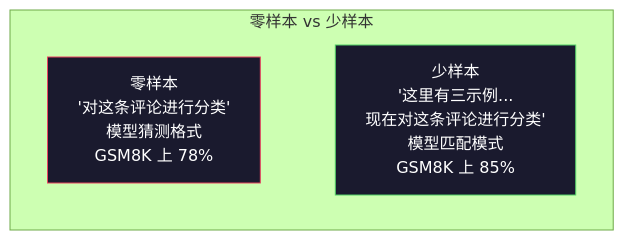
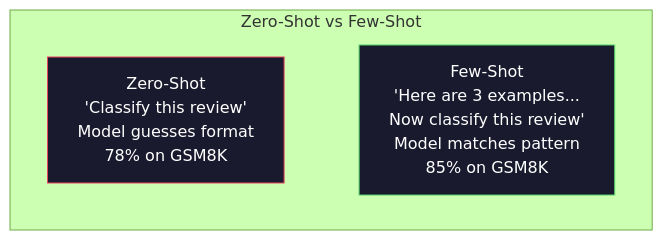
The first of 6 diagrams in i18n/zh/phases/11-llm-engineering/02-few-shot-cot/docs/zh.md (xiaojiaenen/ai-engineering-from-scratch-zh), drawn with Mermaid (forest theme) before and after one commit. The commit also changed other lines of this file and 17 other files, not shown here.

````diff
--- a/i18n/zh/phases/11-llm-engineering/02-few-shot-cot/docs/zh.md
+++ b/i18n/zh/phases/11-llm-engineering/02-few-shot-cot/docs/zh.md
@@ -37,13 +37,13 @@
 ```mermaid
 graph TD
-    subgraph Comparison["零样本 vs 少样本"]
+    subgraph Comparison["Zero-Shot vs Few-Shot"]
         direction LR
-        Z["零样本\n'对这条评论进行分类'\n模型猜测格式\nGSM8K 上 78%"]
-        F["少样本\n'这里有三示例...\n现在对这条评论进行分类'\n模型匹配模式\nGSM8K 上 85%"]
+        Z["Zero-Shot\n'Classify this review'\nModel guesses format\n78% on GSM8K"]
+        F["Few-Shot\n'Here are 3 examples...\nNow classify this review'\nModel matches pattern\n85% on GSM8K"]
     end
 
     Z ~~~ F
 
     style Z fill:#1a1a2e,stroke:#e94560,color:#fff
     style F fill:#1a1a2e,stroke:#51cf66,color:#fff
 ```
````
